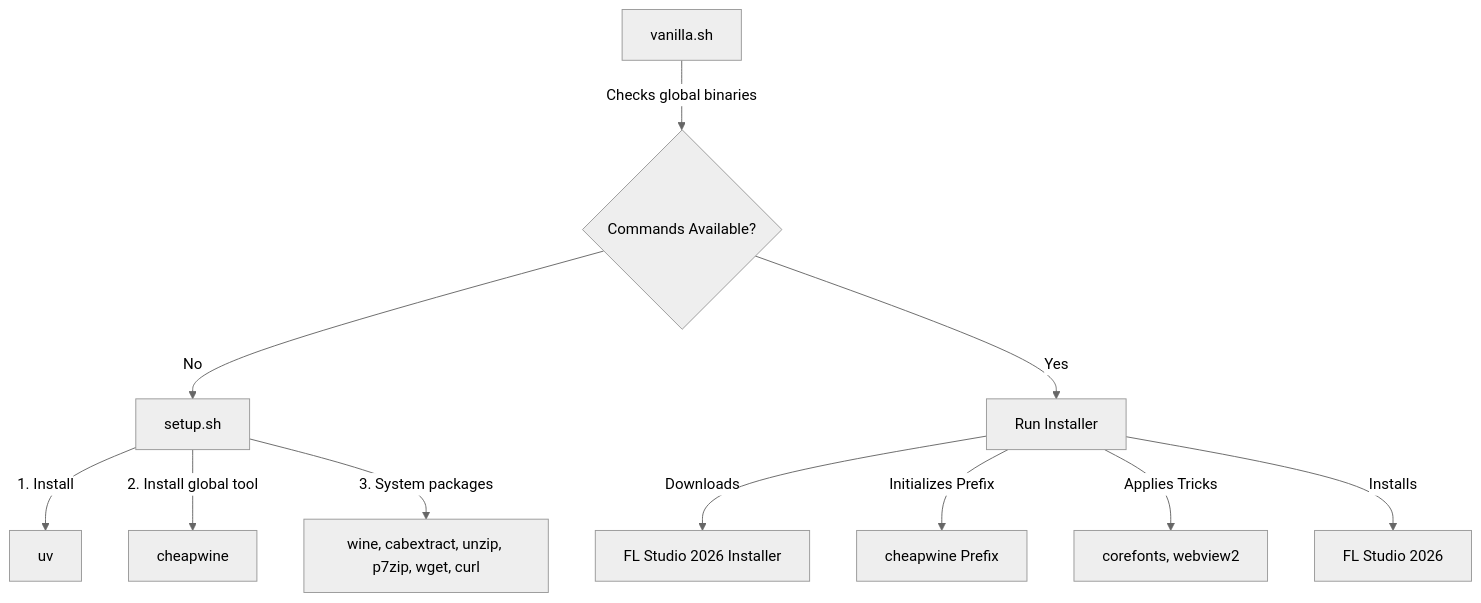
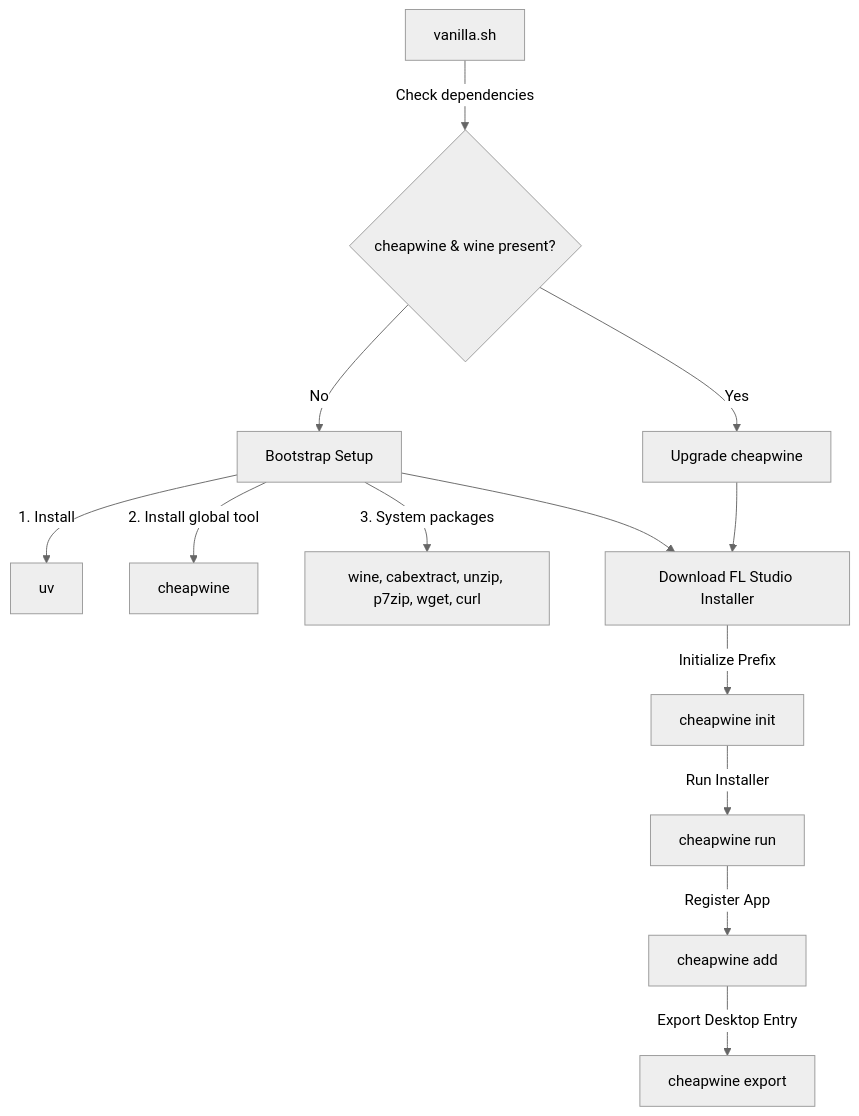
Before and after one commit to HeapHeapHooray/getfruity: the diagram in README.md, drawn with Mermaid (neutral theme). The commit also changed other lines of this file, not shown here.

Commit message:
Update README after merging setup.sh into vanilla.sh

````diff
--- a/README.md
+++ b/README.md
@@ -27,13 +27,15 @@
 ```mermaid
 graph TD
-    A[vanilla.sh] -->|Checks global binaries| B{Commands Available?}
-    B -->|No| C[setup.sh]
+    A[vanilla.sh] -->|Check dependencies| B{cheapwine & wine present?}
+    B -->|No| C[Bootstrap Setup]
     C -->|1. Install| D[uv]
     C -->|2. Install global tool| E[cheapwine]
     C -->|3. System packages| F[wine, cabextract, unzip, p7zip, wget, curl]
-    B -->|Yes| G[Run Installer]
-    G -->|Downloads| H[FL Studio 2026 Installer]
-    G -->|Initializes Prefix| I[cheapwine Prefix]
-    G -->|Applies Tricks| J[corefonts, webview2]
-    G -->|Installs| K[FL Studio 2026]
+    B -->|Yes| G[Upgrade cheapwine]
+    G --> H[Download FL Studio Installer]
+    C --> H
+    H -->|Initialize Prefix| I[cheapwine init]
+    I -->|Run Installer| J[cheapwine run]
+    J -->|Register App| K[cheapwine add]
+    K -->|Export Desktop Entry| L[cheapwine export]
 ```
````
